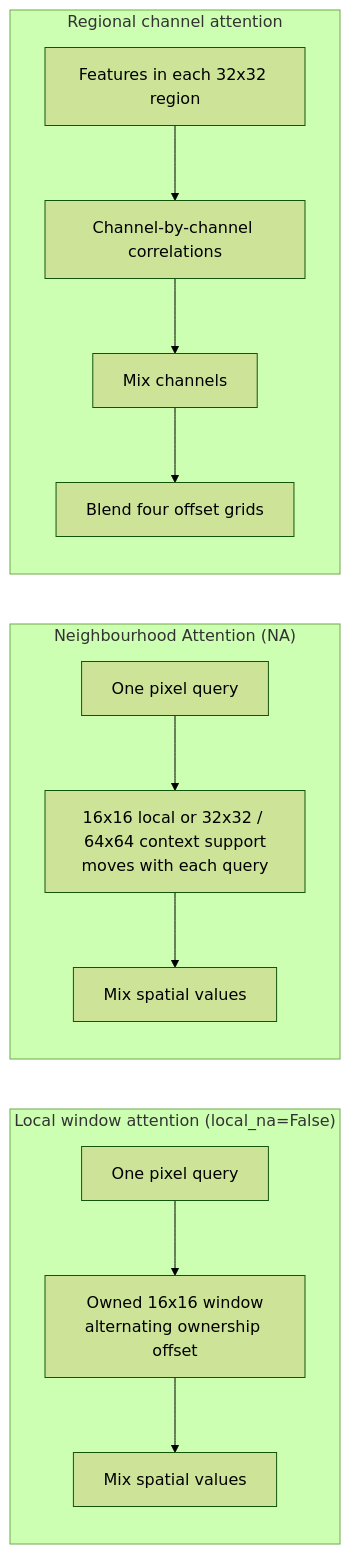
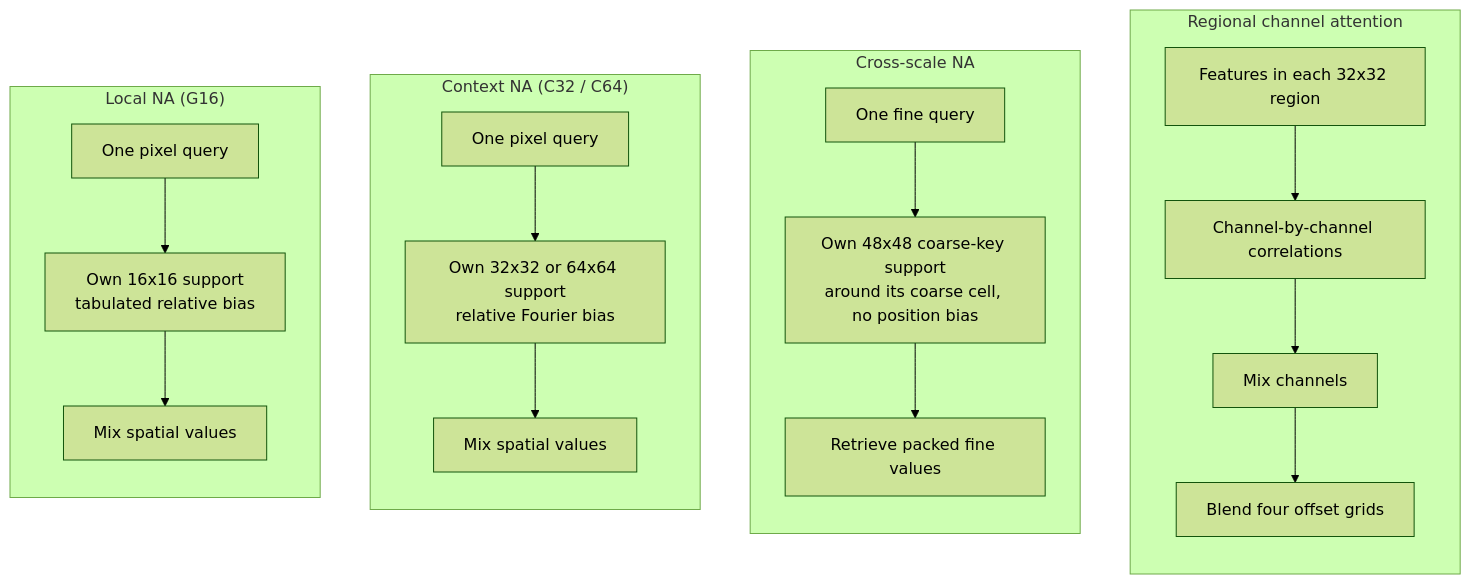
Before and after one commit to Rift73/DUAL: the second of 6 diagrams in README.md, drawn with Mermaid (forest theme). The commit also changed other lines of this file and 1 other file, not shown here.

Commit message:
Restructure the technical report around one Neighbourhood Attention support rule

````diff
--- a/README.md
+++ b/README.md
@@ -76,16 +76,24 @@
 ```mermaid
-flowchart LR
-  subgraph LOCAL["Local window attention (local_na=False)"]
-    LQ["One pixel query"] --> LW["Owned 16x16 window<br/>alternating ownership offset"]
-    LW --> LO["Mix spatial values"]
-  end
-  subgraph NEIGHBOR["Neighbourhood Attention (NA)"]
-    NQ["One pixel query"] --> NW["16x16 local or 32x32 / 64x64 context support<br/>moves with each query"]
-    NW --> NO["Mix spatial values"]
-  end
+flowchart TB
   subgraph CHANNEL["Regional channel attention"]
+    direction TB
     CQ["Features in each 32x32 region"] --> CG["Channel-by-channel correlations"]
     CG --> CV["Mix channels"]
     CV --> CB["Blend four offset grids"]
   end
+  subgraph CROSS["Cross-scale NA"]
+    direction TB
+    XQ["One fine query"] --> XW["Own 48x48 coarse-key support<br/>around its coarse cell, no position bias"]
+    XW --> XO["Retrieve packed fine values"]
+  end
+  subgraph CONTEXT["Context NA (C32 / C64)"]
+    direction TB
+    NQ["One pixel query"] --> NW["Own 32x32 or 64x64 support<br/>relative Fourier bias"]
+    NW --> NO["Mix spatial values"]
+  end
+  subgraph LOCAL["Local NA (G16)"]
+    direction TB
+    LQ["One pixel query"] --> LW["Own 16x16 support<br/>tabulated relative bias"]
+    LW --> LO["Mix spatial values"]
+  end
 ```
````
